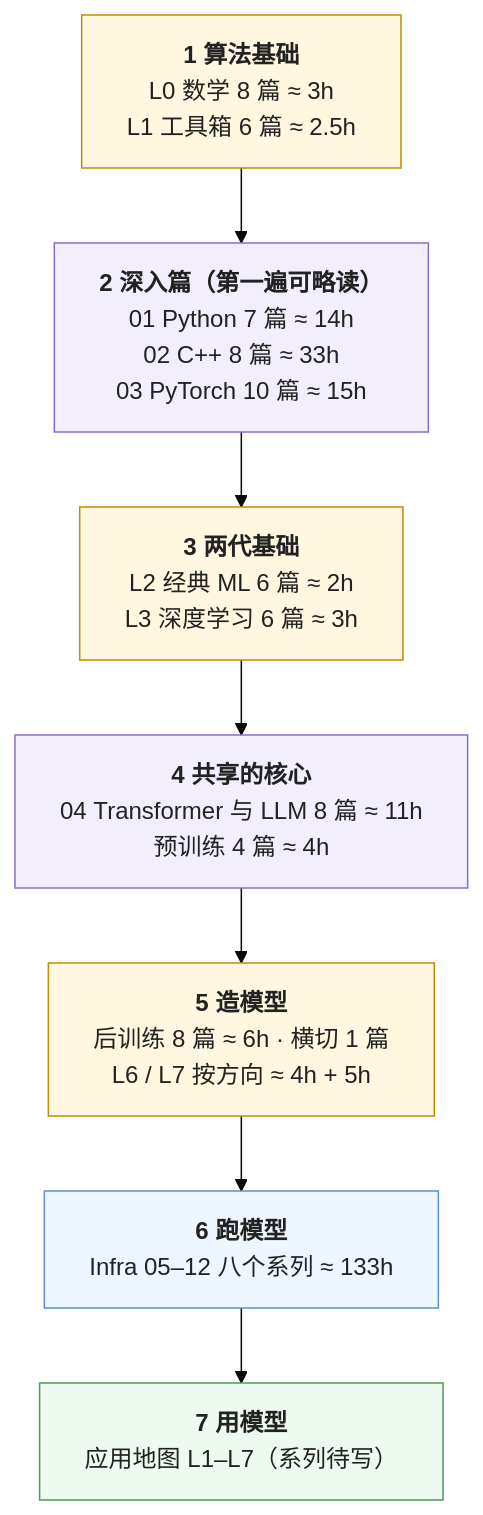
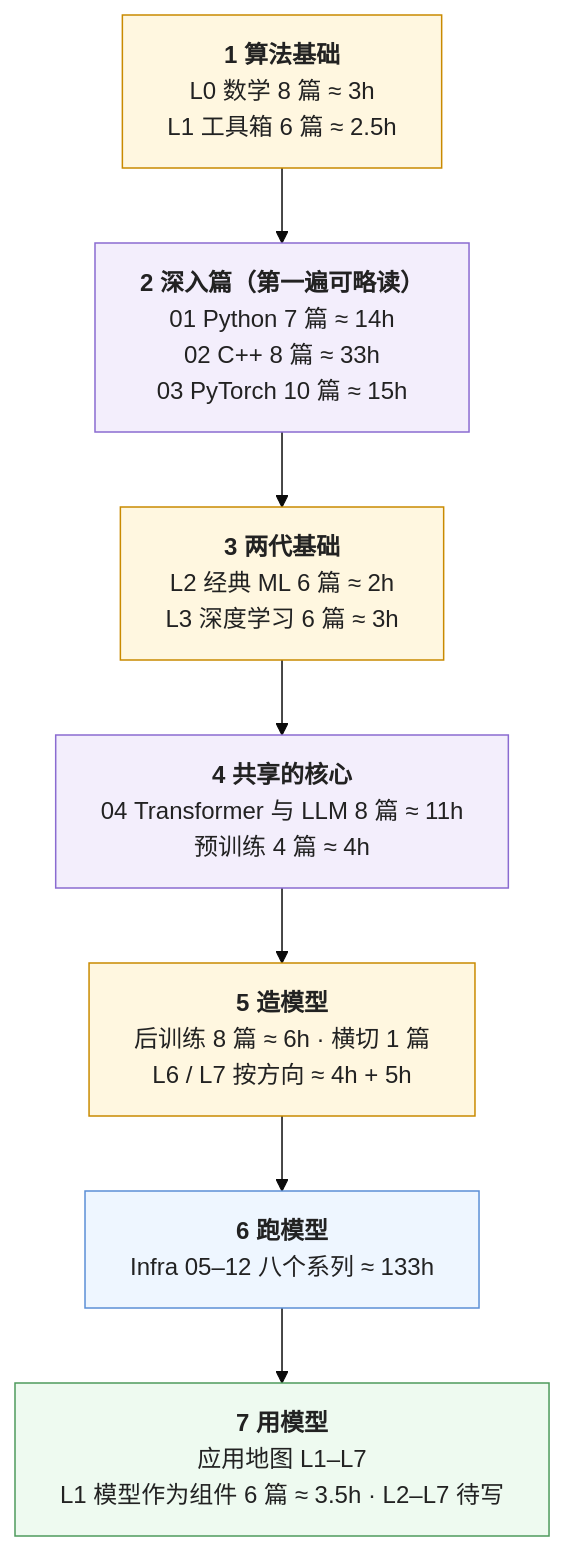
The second of 2 diagrams in _posts/2026-01-01-ai-fullstack-learning-roadmap.md (arganzheng/arganzheng.github.com), drawn with Mermaid (base theme) before and after one commit. The commit also changed other lines of this file and 6 other files, not shown here.

Commit message:
模型作为组件 07 总结自测；应用地图加「已有的文章与系列」、全栈地图进度、备忘录 V2.36、AGENTS 应用系列规范；两张图调整

````diff
--- a/_posts/2026-01-01-ai-fullstack-learning-roadmap.md
+++ b/_posts/2026-01-01-ai-fullstack-learning-roadmap.md
@@ -134,34 +134,35 @@
 ```mermaid
 %%{init: {"flowchart": {"wrappingWidth": 420}}}%%
 flowchart TB
     S1["`**1 算法基础**
 L0 数学 8 篇 ≈ 3h
 L1 工具箱 6 篇 ≈ 2.5h`"]
     S2["`**2 深入篇（第一遍可略读）**
 01 Python 7 篇 ≈ 14h
 02 C++ 8 篇 ≈ 33h
 03 PyTorch 10 篇 ≈ 15h`"]
     S3["`**3 两代基础**
 L2 经典 ML 6 篇 ≈ 2h
 L3 深度学习 6 篇 ≈ 3h`"]
     S4["`**4 共享的核心**
 04 Transformer 与 LLM 8 篇 ≈ 11h
 预训练 4 篇 ≈ 4h`"]
     S5["`**5 造模型**
 后训练 8 篇 ≈ 6h · 横切 1 篇
 L6 / L7 按方向 ≈ 4h + 5h`"]
     S6["`**6 跑模型**
 Infra 05–12 八个系列 ≈ 133h`"]
     S7["`**7 用模型**
-应用地图 L1–L7（系列待写）`"]
+应用地图 L1–L7
+L1 模型作为组件 6 篇 ≈ 3.5h · L2–L7 待写`"]
     S1 --> S2 --> S3 --> S4 --> S5 --> S6 --> S7
 
     classDef algo fill:#fff7e0,stroke:#c98a00,stroke-width:1px,color:#222
     classDef infra fill:#eef6ff,stroke:#5b8fd6,stroke-width:1px,color:#222
     classDef app fill:#eefaf0,stroke:#4d9a5c,stroke-width:1px,color:#222
     classDef shared fill:#f3eefc,stroke:#8a6bd1,stroke-width:1px,color:#222
     class S1,S3,S5 algo
     class S2,S4 shared
     class S6 infra
     class S7 app
 ```
````
